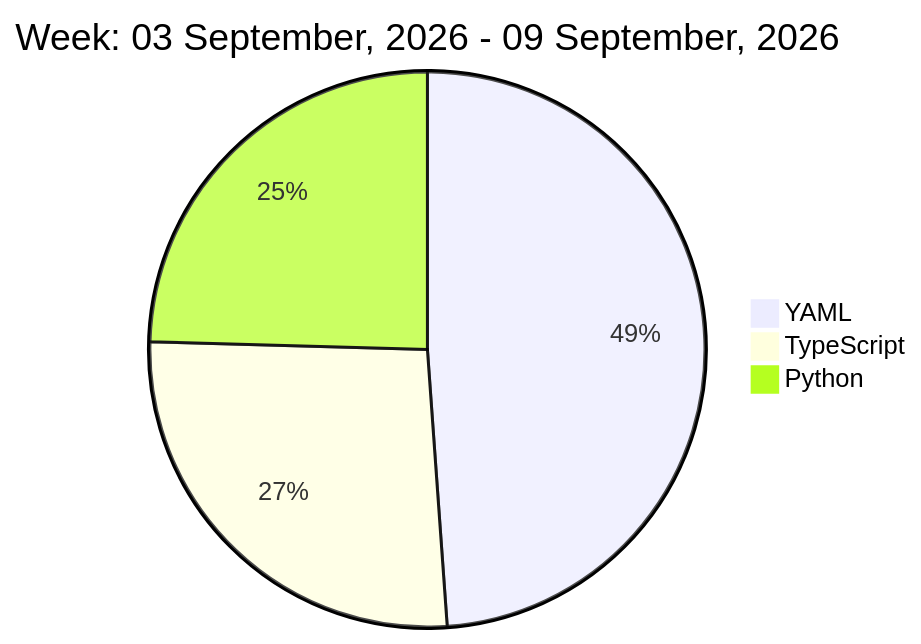
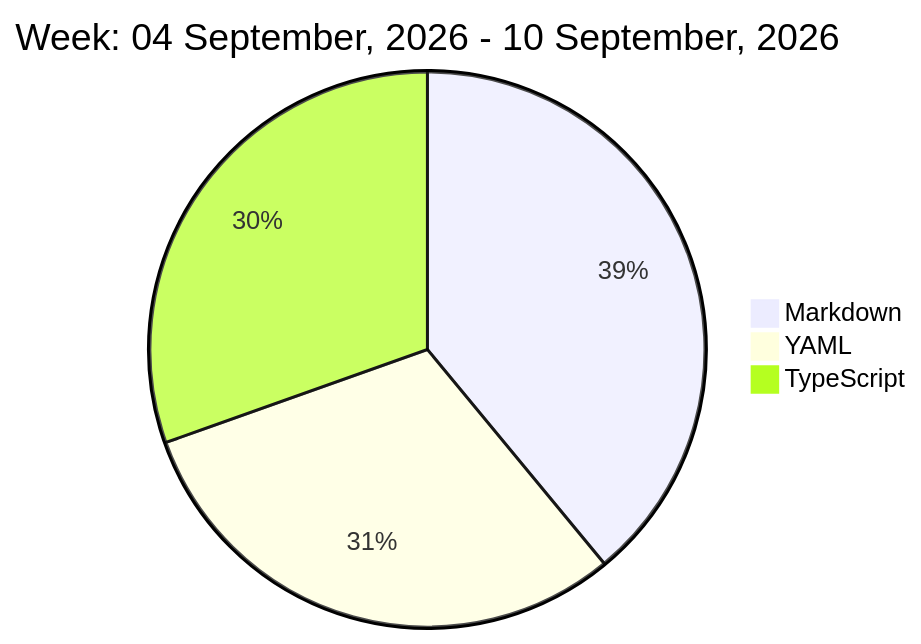
Before and after one commit to liubin95/liubin95: the diagram in README.md, drawn with Mermaid.

Commit message:
Updated the Graph with new Metrics

````diff
--- a/README.md
+++ b/README.md
@@ -32,7 +32,7 @@
 ```mermaid
  pie
-title Week: 03 September, 2026 - 09 September, 2026
- "YAML" : 4.08
- "TypeScript" : 2.22
- "Python" : 2.05
+title Week: 04 September, 2026 - 10 September, 2026
+ "Markdown" : 3.23
+ "YAML" : 2.53
+ "TypeScript" : 2.52
 ```
````
